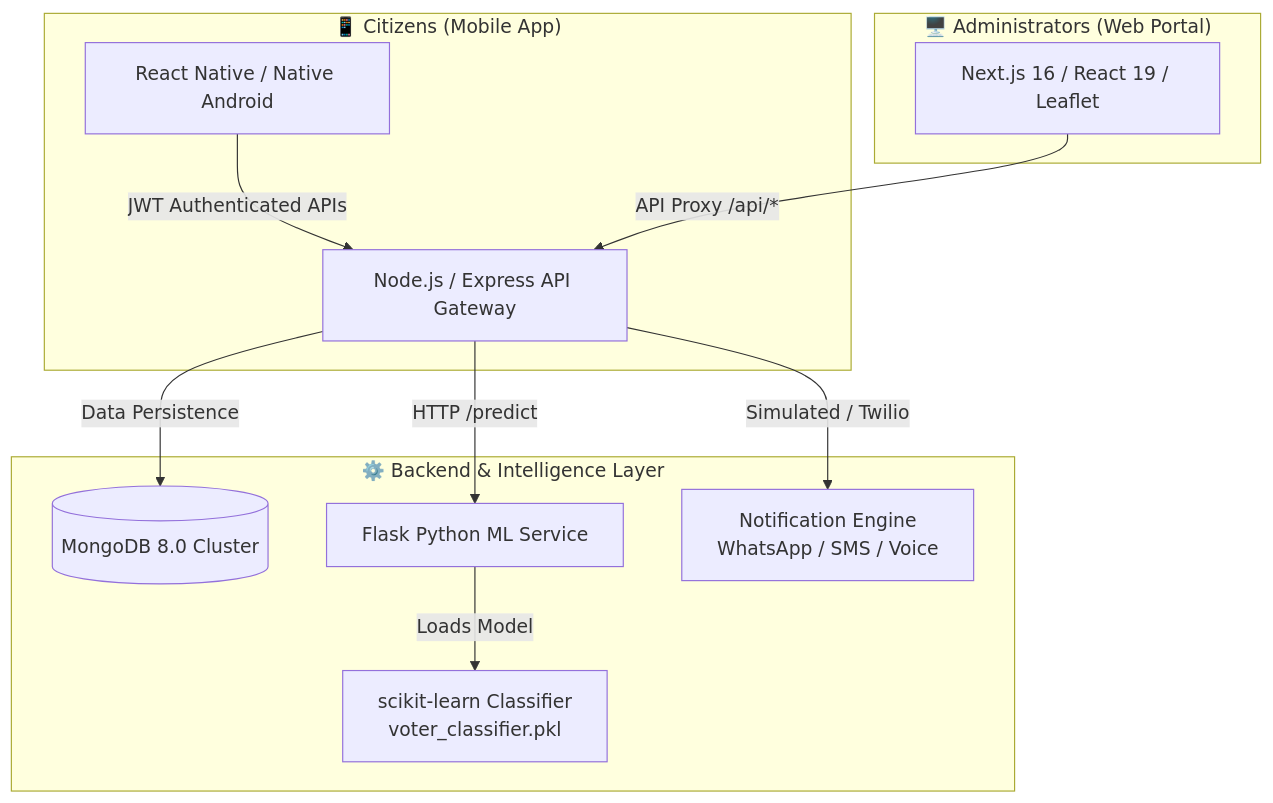
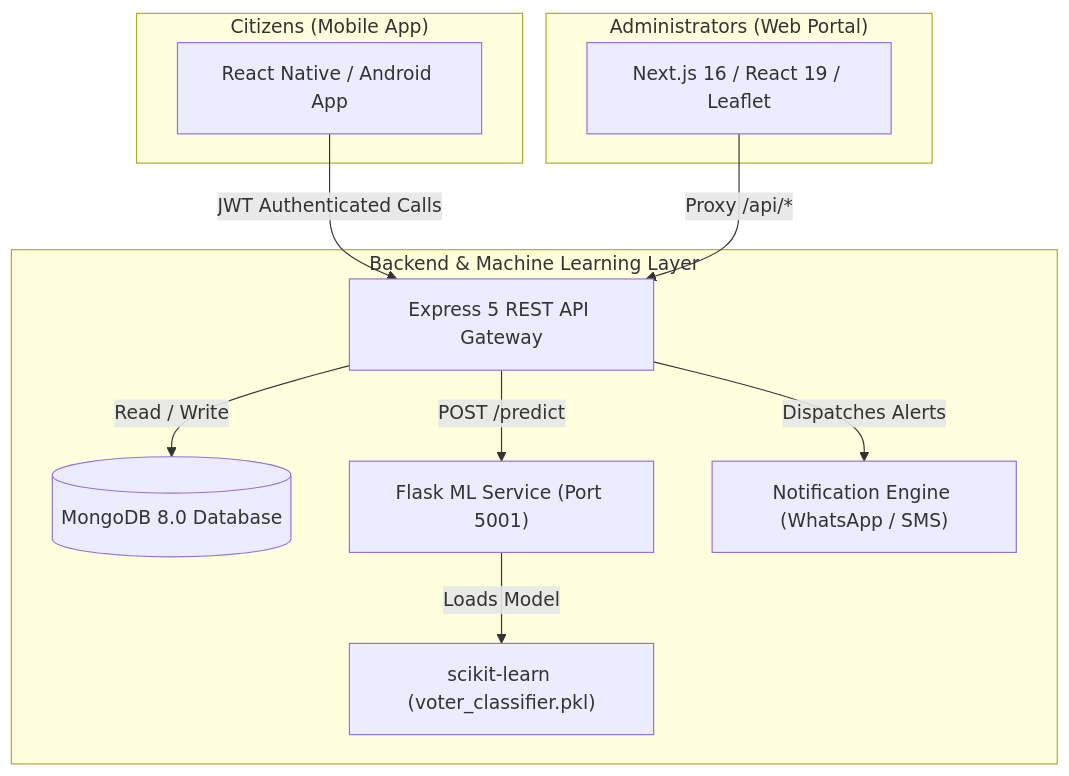
One commit to lovemishra28/SAMVAD changed the diagram in README.md. Above: the diagram before and after it, drawn with Mermaid.

Commit message:
fix(docs): resolve Mermaid syntax and escaping for GitHub rich renderer

````diff
--- a/README.md
+++ b/README.md
@@ -87,19 +87,25 @@
 ```mermaid
 flowchart TD
-    subgraph Citizens["📱 Citizens (Mobile App)"]
-        A[React Native / Native Android]
-        A -->|JWT Authenticated APIs| C[Node.js / Express API Gateway]
+    subgraph Citizens["Citizens (Mobile App)"]
+        A["React Native / Android App"]
     end
 
-    subgraph Administrators["🖥️ Administrators (Web Portal)"]
-        B[Next.js 16 / React 19 / Leaflet]
-        B -->|API Proxy /api/*| C
+    subgraph Administrators["Administrators (Web Portal)"]
+        B["Next.js 16 / React 19 / Leaflet"]
     end
 
-    subgraph BackendEngine["⚙️ Backend & Intelligence Layer"]
-        C -->|Data Persistence| D[(MongoDB 8.0 Cluster)]
-        C -->|HTTP /predict| E[Flask Python ML Service]
-        E -->|Loads Model| F[scikit-learn Classifier\nvoter_classifier.pkl]
-        C -->|Simulated / Twilio| G[Notification Engine\nWhatsApp / SMS / Voice]
+    subgraph Backend["Backend & Machine Learning Layer"]
+        C["Express 5 REST API Gateway"]
+        D[("MongoDB 8.0 Database")]
+        E["Flask ML Service (Port 5001)"]
+        F["scikit-learn (voter_classifier.pkl)"]
+        G["Notification Engine (WhatsApp / SMS)"]
     end
+
+    A -->|"JWT Authenticated Calls"| C
+    B -->|"Proxy /api/*"| C
+    C -->|"Read / Write"| D
+    C -->|"POST /predict"| E
+    E -->|"Loads Model"| F
+    C -->|"Dispatches Alerts"| G
 ```
````
